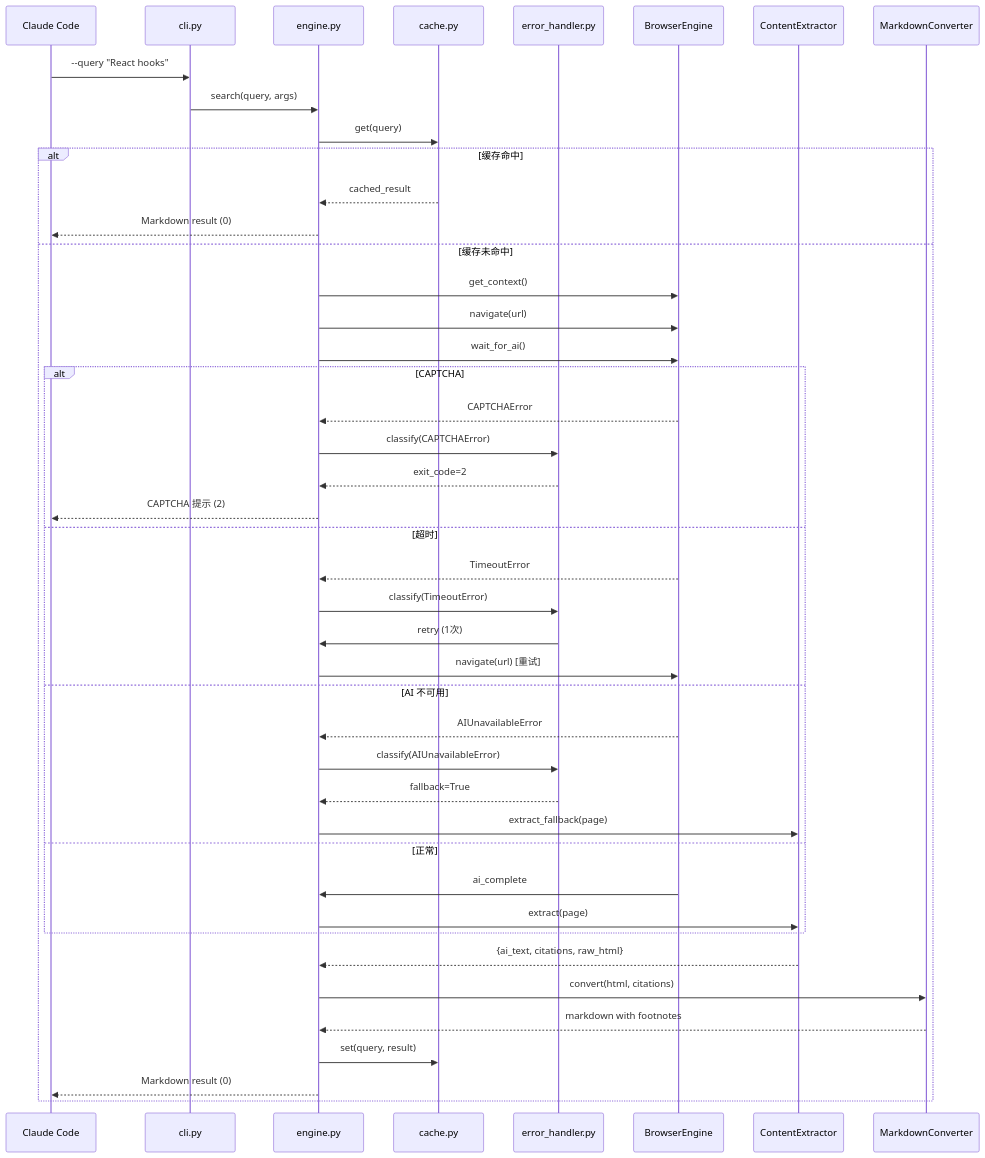
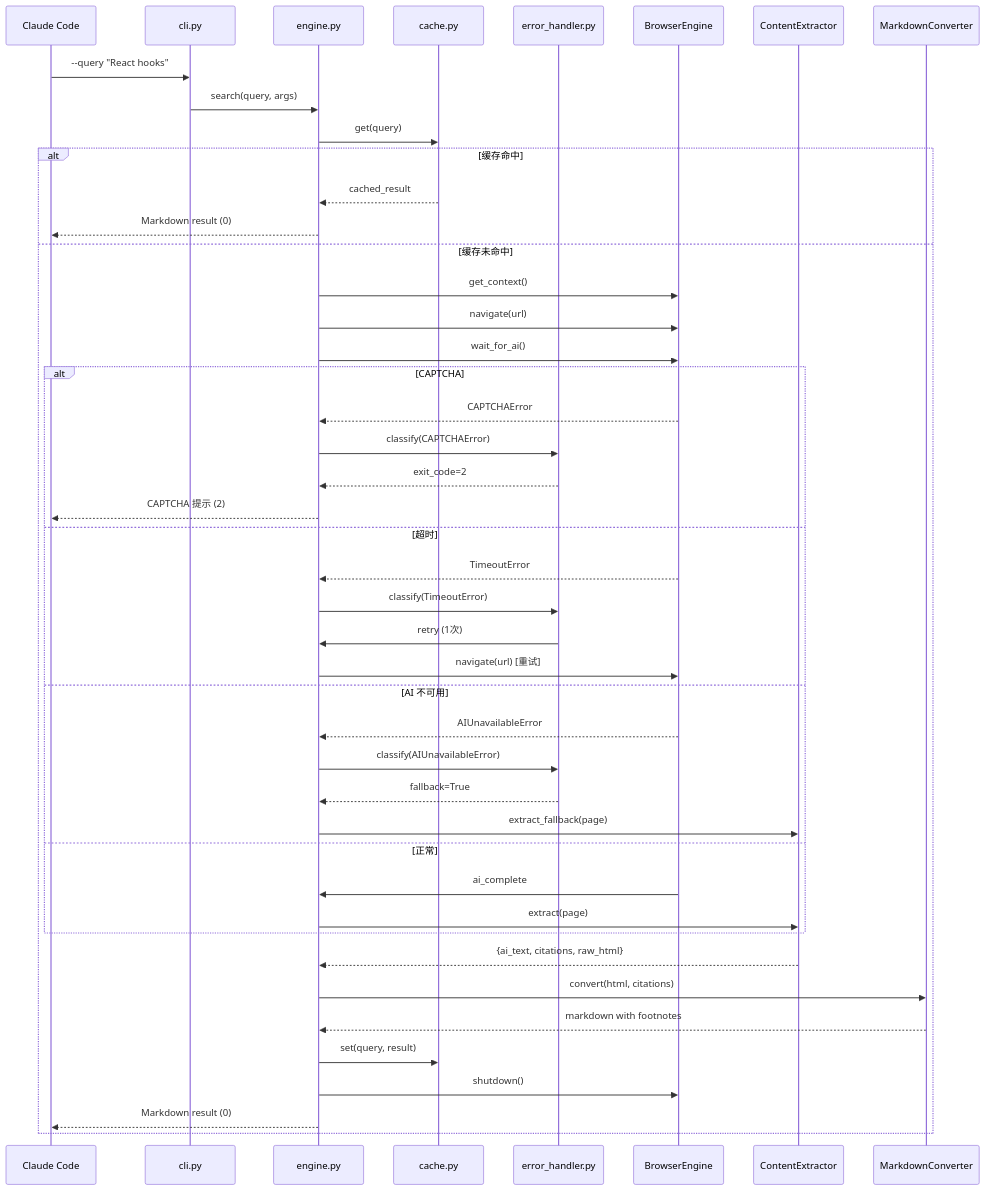
Before and after one commit to moyu12-ae/ZeroSearch: the fifth of 5 diagrams in .anws/v1/04_SYSTEM_DESIGN/search-engine.md, drawn with Mermaid. The commit also changed other lines of this file and 5 other files, not shown here.

````diff
--- a/.anws/v1/04_SYSTEM_DESIGN/search-engine.md
+++ b/.anws/v1/04_SYSTEM_DESIGN/search-engine.md
@@ -624,47 +624,48 @@
 ```mermaid
 sequenceDiagram
     participant CC as Claude Code
     participant CLI as cli.py
     participant ENG as engine.py
     participant CACHE as cache.py
     participant ERR as error_handler.py
     participant BE as BrowserEngine
     participant CE as ContentExtractor
     participant MC as MarkdownConverter
 
     CC->>CLI: --query "React hooks"
     CLI->>ENG: search(query, args)
     ENG->>CACHE: get(query)
     alt 缓存命中
         CACHE-->>ENG: cached_result
         ENG-->>CC: Markdown result (0)
     else 缓存未命中
         ENG->>BE: get_context()
         ENG->>BE: navigate(url)
         ENG->>BE: wait_for_ai()
         alt CAPTCHA
             BE-->>ENG: CAPTCHAError
             ENG->>ERR: classify(CAPTCHAError)
             ERR-->>ENG: exit_code=2
             ENG-->>CC: CAPTCHA 提示 (2)
         else 超时
             BE-->>ENG: TimeoutError
             ENG->>ERR: classify(TimeoutError)
             ERR->>ENG: retry (1次)
             ENG->>BE: navigate(url) [重试]
         else AI 不可用
             BE-->>ENG: AIUnavailableError
             ENG->>ERR: classify(AIUnavailableError)
             ERR-->>ENG: fallback=True
             ENG->>CE: extract_fallback(page)
         else 正常
             BE->>ENG: ai_complete
             ENG->>CE: extract(page)
         end
         CE-->>ENG: {ai_text, citations, raw_html}
         ENG->>MC: convert(html, citations)
         MC-->>ENG: markdown with footnotes
         ENG->>CACHE: set(query, result)
+        ENG->>BE: shutdown()
         ENG-->>CC: Markdown result (0)
     end
 ```
````
